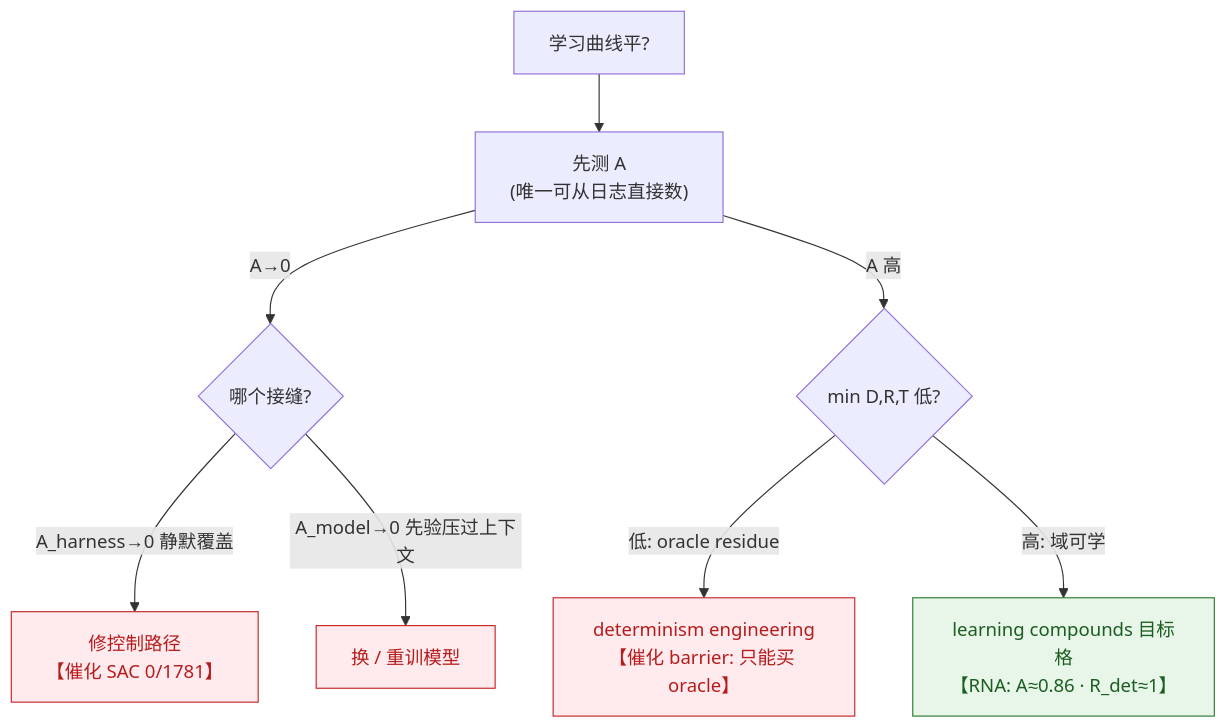
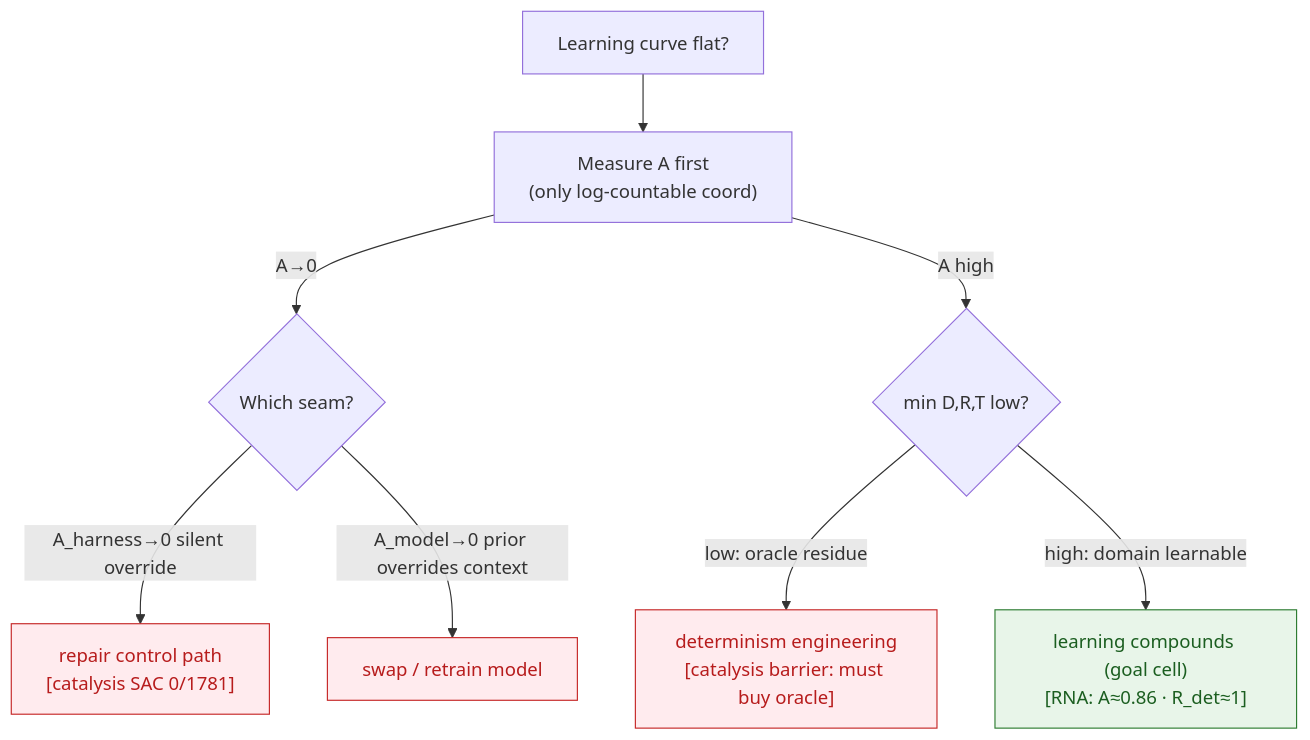
Before and after one commit to wenhui-ml/AI4RNA: the third of 3 diagrams in docs/TECH_REPORT.md, drawn with Mermaid. The commit also changed other lines of this file and 1 other file, not shown here.

````diff
--- a/docs/TECH_REPORT.md
+++ b/docs/TECH_REPORT.md
@@ -118,14 +119,14 @@
 ```mermaid
 flowchart TD
-    F["学习曲线平?"] --> MA["先测 A<br/>(唯一可从日志直接数)"]
-    MA -->|"A→0"| SEAM{"哪个接缝?"}
-    SEAM -->|"A_harness→0 静默覆盖"| H["修控制路径<br/>【催化 SAC 0/1781】"]
-    SEAM -->|"A_model→0 先验压过上下文"| MM["换 / 重训模型"]
-    MA -->|"A 高"| DOM{"min D,R,T 低?"}
-    DOM -->|"低: oracle residue"| DE["determinism engineering<br/>【催化 barrier: 只能买 oracle】"]
-    DOM -->|"高: 域可学"| GOAL["learning compounds 目标格<br/>【RNA: A≈0.86 · R_det≈1】"]
+    F["Learning curve flat?"] --> MA["Measure A first<br/>(only log-countable coord)"]
+    MA -->|"A→0"| SEAM{"Which seam?"}
+    SEAM -->|"A_harness→0 silent override"| H["repair control path<br/>[catalysis SAC 0/1781]"]
+    SEAM -->|"A_model→0 prior overrides context"| MM["swap / retrain model"]
+    MA -->|"A high"| DOM{"min D,R,T low?"}
+    DOM -->|"low: oracle residue"| DE["determinism engineering<br/>[catalysis barrier: must buy oracle]"]
+    DOM -->|"high: domain learnable"| GOAL["learning compounds (goal cell)<br/>[RNA: A≈0.86 · R_det≈1]"]
     classDef good fill:#e8f5e9,stroke:#2e7d32,color:#1b5e20;
     classDef bad fill:#ffebee,stroke:#c62828,color:#b71c1c;
     class GOAL good;
     class H,MM,DE bad;
 ```
````
